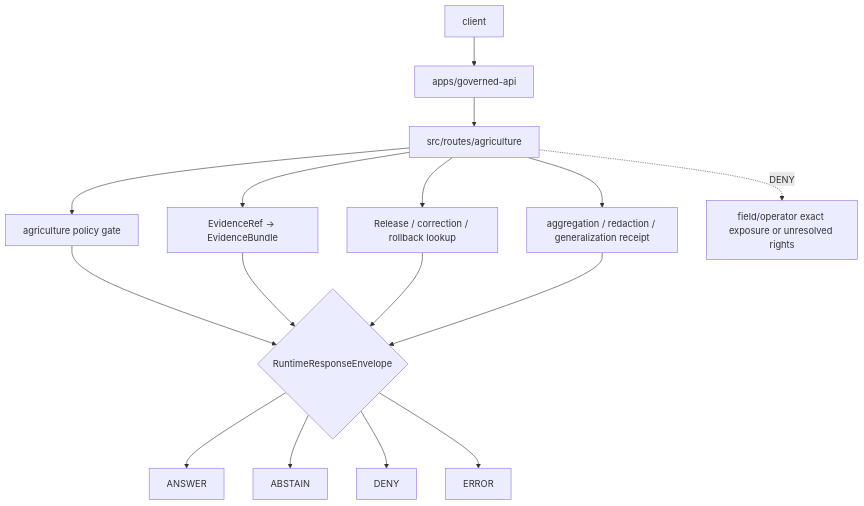
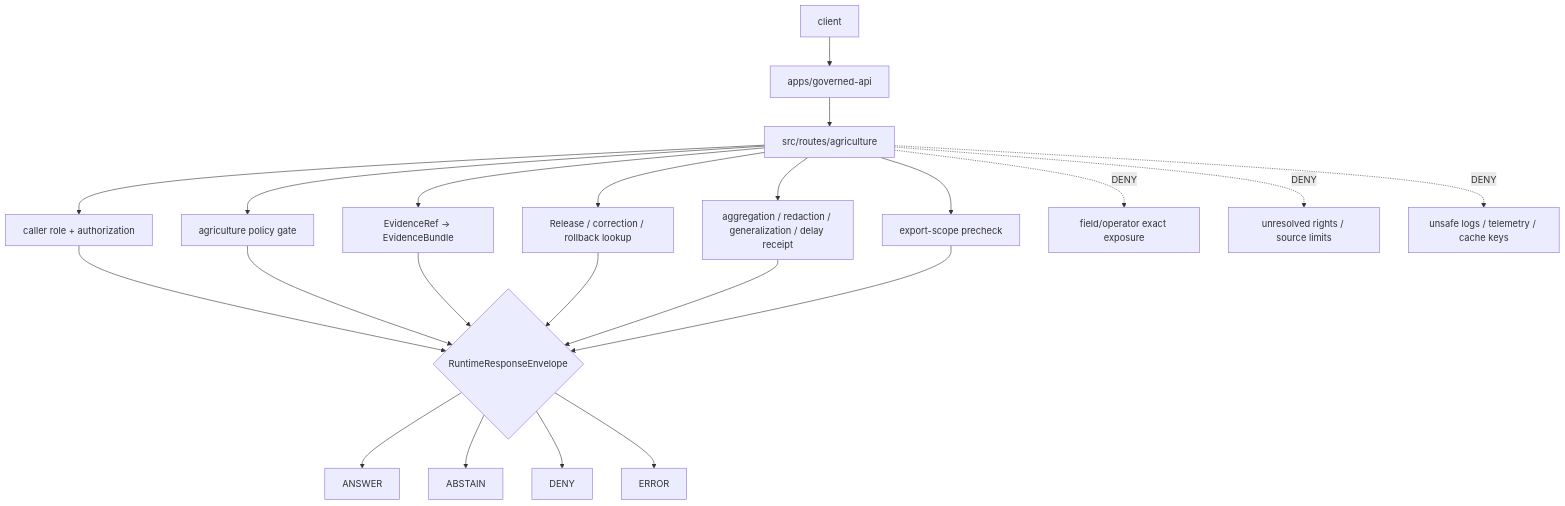
One commit to bartytime4life/Kansas-Frontier-Matrix changed the diagram in apps/governed-api/src/routes/agriculture/README.md. Above: the diagram before and after it, drawn with Mermaid. The commit also changed other lines of this file, not shown here.

Commit message:
docs: update agriculture source routes readme

````diff
--- a/apps/governed-api/src/routes/agriculture/README.md
+++ b/apps/governed-api/src/routes/agriculture/README.md
@@ -222,18 +309,24 @@
 ```mermaid
 flowchart TD
     client["client"] --> api["apps/governed-api"]
     api --> source["src/routes/agriculture"]
+    source --> auth["caller role + authorization"]
     source --> policy["agriculture policy gate"]
     source --> evidence["EvidenceRef -> EvidenceBundle"]
     source --> release["Release / correction / rollback lookup"]
-    source --> transform["aggregation / redaction / generalization receipt"]
-    policy --> outcome{"RuntimeResponseEnvelope"}
+    source --> transform["aggregation / redaction / generalization / delay receipt"]
+    source --> export["export-scope precheck"]
+    auth --> outcome{"RuntimeResponseEnvelope"}
+    policy --> outcome
     evidence --> outcome
     release --> outcome
     transform --> outcome
+    export --> outcome
     outcome --> answer["ANSWER"]
     outcome --> abstain["ABSTAIN"]
     outcome --> deny["DENY"]
     outcome --> error["ERROR"]
-    source -. DENY .-> field["field/operator exact exposure or unresolved rights"]
+    source -. DENY .-> field["field/operator exact exposure"]
+    source -. DENY .-> rights["unresolved rights / source limits"]
+    source -. DENY .-> obs["unsafe logs / telemetry / cache keys"]
 ```
````
